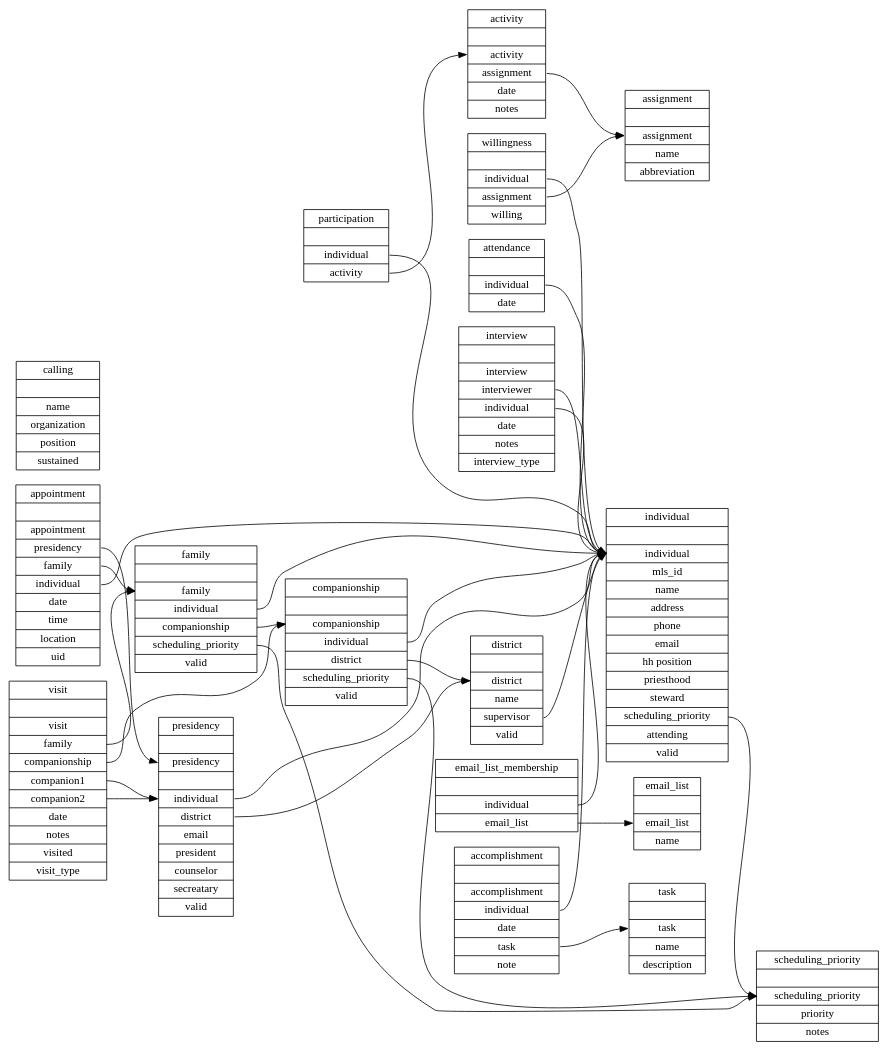
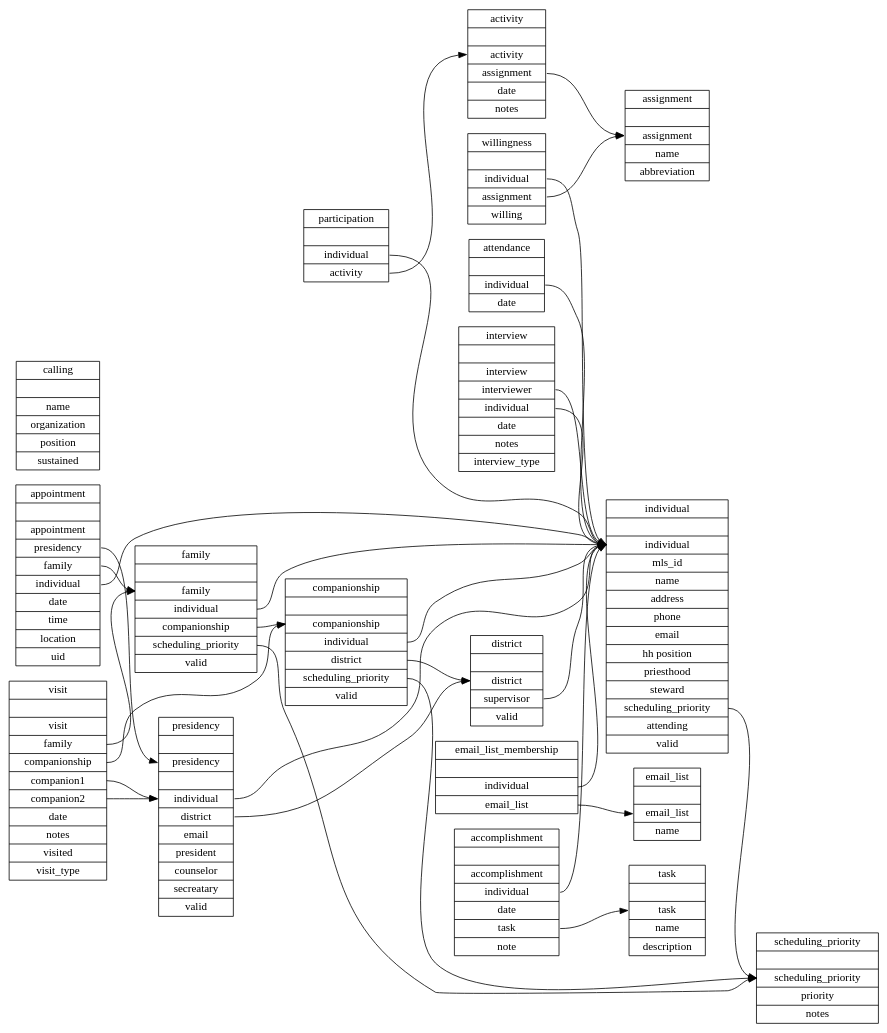
Before and after one commit to apippin/tc: the diagram in sql/schema.dot, drawn with Graphviz. The commit also changed 4 other files, not shown here.

Commit message:
removed name field from tc_district

```diff
--- a/sql/schema.dot
+++ b/sql/schema.dot
@@ -1,125 +1,125 @@
 digraph schema {
   graph [
     rankdir = "LR"
   ];
   activity   [
     label = "activity||<a> activity|<s> assignment|<t> date|<n> notes"
     shape = "record"
   ];
   appointment   [
     label = "appointment||<a> appointment|<p> presidency|<f> family|<i> individual |<d> date|<t> time|<l> location|<u> uid"
     shape = "record"
   ];
   assignment    [
     label = "assignment||<a> assignment|<n> name|<ab> abbreviation"
     shape = "record"
   ];
   attendance   [
     label = "attendance||<i> individual|<d> date"
     shape = "record"
   ];
   calling       [
     label = "calling||<n> name|<o> organization|<p> position|<s> sustained"
     shape = "record"
   ];
   companionship   [
     label = "companionship||<c> companionship|<i> individual|<d> district|<sp> scheduling_priority|<v> valid"
     shape = "record"
   ];
   district      [
-    label = "district||<d> district|<n> name|<s> supervisor|<v> valid"
+    label = "district||<d> district|<s> supervisor|<v> valid"
     shape = "record"
   ];
   individual   [
     label = "individual||<i> individual|<id> mls_id|<n> name|<a> address|<p> phone|<em> email|<hh> hh position|<pr> priesthood|<st> steward|<sp> scheduling_priority|<a> attending|<v> valid"
     shape = "record"
   ];
   family   [
     label = "family||<f> family|<i> individual|<c> companionship|<sp> scheduling_priority|<v> valid"
     shape = "record"
   ];
   participation   [
     label = "participation||<i> individual|<a> activity"
     shape = "record"
   ];
   interview   [
     label = "interview||<in> interview|<i> interviewer|<il> individual|<t> date|<n> notes|<it> interview_type"
     shape = "record"
   ];
   presidency    [
     label = "presidency||<p> presidency||<i> individual|<d> district|<em> email|<pr> president|<cn> counselor|<sec> secreatary|<v> valid"
     shape = "record"
   ];
   visit   [
     label = "visit||<v> visit|<f> family|<c> companionship|<c1> companion1|<c2> companion2|<t> date|<n> notes|<v> visited|<vt> visit_type"
     shape = "record"
   ];
   willingness   [
     label = "willingness||<i> individual|<a> assignment|<w> willing"
     shape = "record"
   ];
   scheduling_priority   [
     label = "scheduling_priority||<sp> scheduling_priority|<p> priority|<n> notes"
     shape = "record"
   ];
   email_list   [
     label = "email_list||<e> email_list|<n> name"
     shape = "record"
   ];
   email_list_membership   [
     label = "email_list_membership||<i> individual|<e> email_list"
     shape = "record"
   ];
   accomplishment   [
     label = "accomplishment||<a> accomplishment|<i> individual|<d> date|<t> task|<n> note"
     shape = "record"
   ];
   task   [
     label = "task||<t> task|<n> name|<d> description"
     shape = "record"
   ];
 
   activity:s      -> assignment:a
 
   appointment:p   -> presidency:p
   appointment:f   -> family:f
   appointment:i   -> individual:i
 
   attendance:i    -> individual:i
 
   companionship:i -> individual:i
   companionship:d -> district:d
   companionship:sp -> scheduling_priority:sp
   
   district:s      -> individual:i
   
   individual:sp   -> scheduling_priority:sp
   
   family:i        -> individual:i
   family:c        -> companionship:c
   family:sp       -> scheduling_priority:sp
 
   participation:i -> individual:i
   participation:a -> activity:a
 
   interview:il    -> individual:i
   interview:i     -> individual:i
 
   presidency:i    -> individual:i
   presidency:d    -> district:d
 
   visit:c         -> companionship:c
   visit:f         -> family:f
   visit:c1        -> presidency:i
   visit:c2        -> presidency:i
 
   willingness:i   -> individual:i
   willingness:a   -> assignment:a
 
   email_list_membership:i  -> individual:i
   email_list_membership:e  -> email_list:e
   
   accomplishment:i   -> individual:i
   accomplishment:t   -> task:t
   
 }
```
